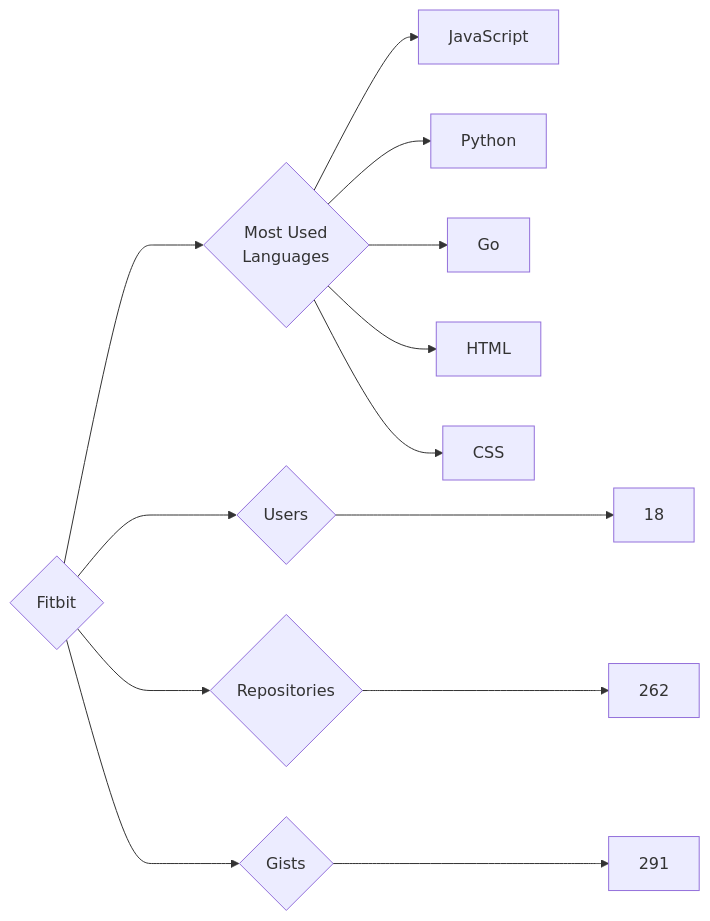
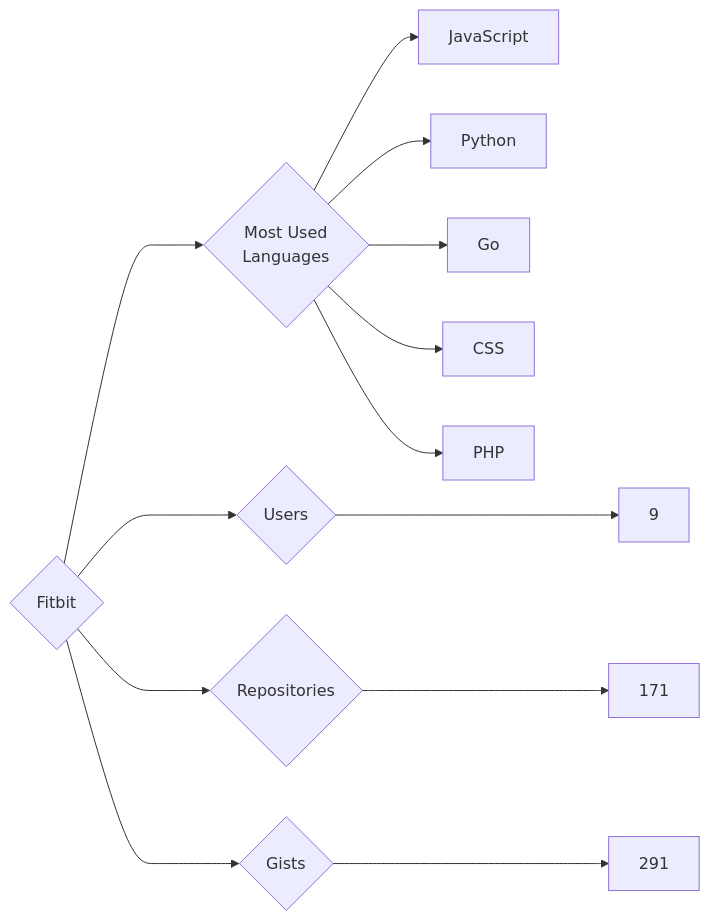
The diagram in targets/Fitbit/README.md (trickest/insiders), drawn with Mermaid before and after one commit. The commit also changed 899 other files, not shown here.

````diff
--- a/targets/Fitbit/README.md
+++ b/targets/Fitbit/README.md
@@ -3,13 +3,13 @@
 ```mermaid
 graph LR
 COMPANY_NAME{Fitbit}
-COMPANY_NAME ---> U{Users} ---> UN[18]
-COMPANY_NAME ---> R{Repositories} ---> RN[262]
+COMPANY_NAME ---> U{Users} ---> UN[9]
+COMPANY_NAME ---> R{Repositories} ---> RN[171]
 COMPANY_NAME ---> G{Gists} ---> GN[291]
 COMPANY_NAME ---> ML{Most Used<br>Languages}
 ML --> JavaScript[JavaScript]
 ML --> Python[Python]
 ML --> Go[Go]
-ML --> HTML[HTML]
 ML --> CSS[CSS]
+ML --> PHP[PHP]
 ```
````
